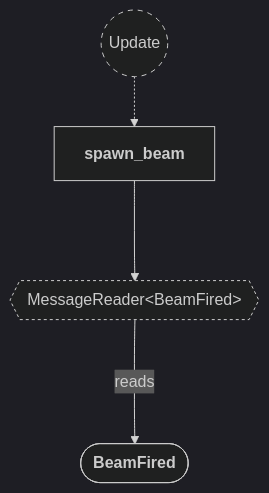
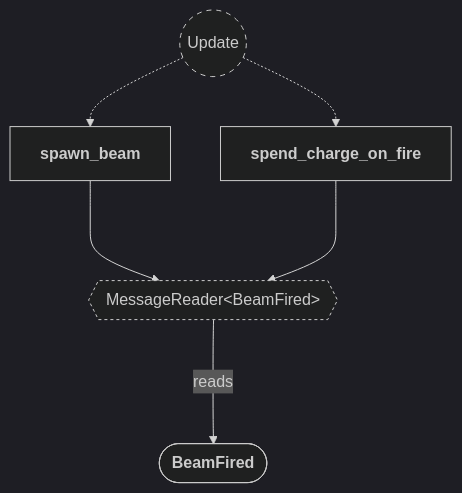
The first of 14 diagrams in backlog/docs/doc-7 - 006-Beam-plugin.md (neurosoup/tyled), drawn with Mermaid before and after one commit. The commit also changed other lines of this file and 12 other files, not shown here.

````diff
--- a/backlog/docs/doc-7 - 006-Beam-plugin.md
+++ b/backlog/docs/doc-7 - 006-Beam-plugin.md
@@ -95,22 +99,25 @@
 ```mermaid
 ---
 config:
   theme: dark
 ---
 
 flowchart TD
 classDef system-group stroke-dasharray: 5 5
 classDef reader stroke-dasharray: 3 3
 
 update(("`Update`")):::system-group
 spawn_beam["`**spawn_beam**`"]
+spend_charge_on_fire["`**spend_charge_on_fire**`"]
 
 update -.-> spawn_beam
+update -.-> spend_charge_on_fire
 
 message_reader{{"MessageReader#60;BeamFired#62;"}}:::reader
 spawn_beam ---> message_reader
+spend_charge_on_fire ---> message_reader
 
 beam_fired_message(["`**BeamFired**`"])
 
 message_reader ---> |reads| beam_fired_message
 ```
````
